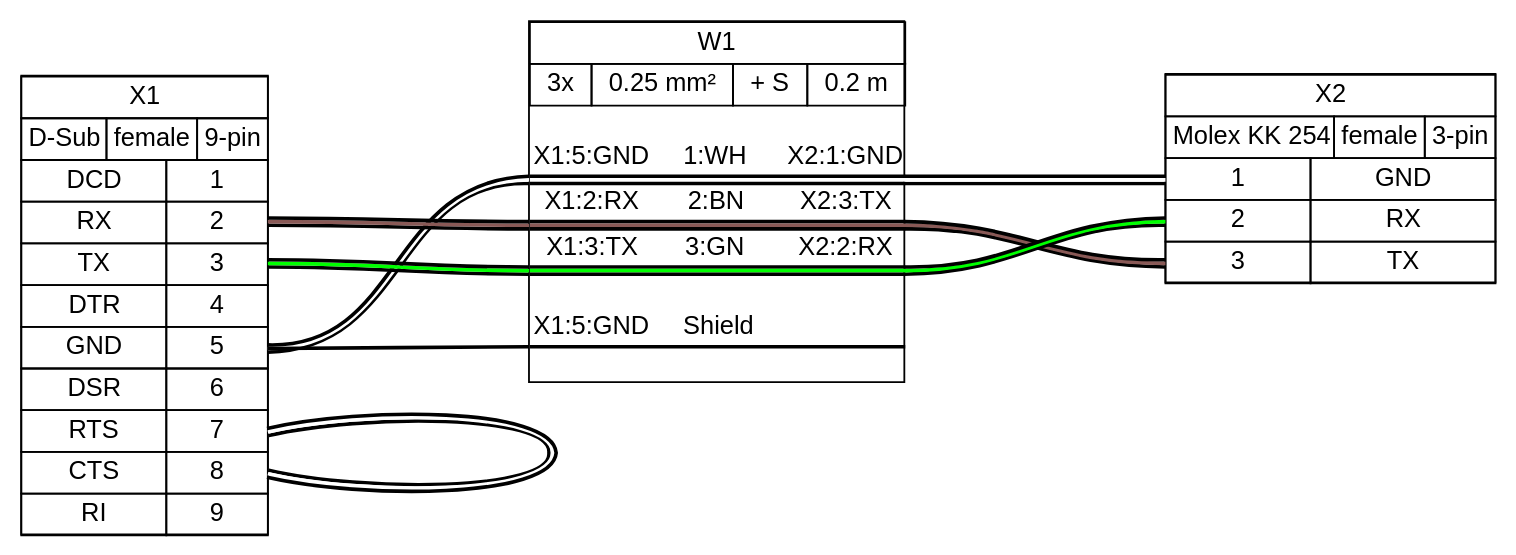
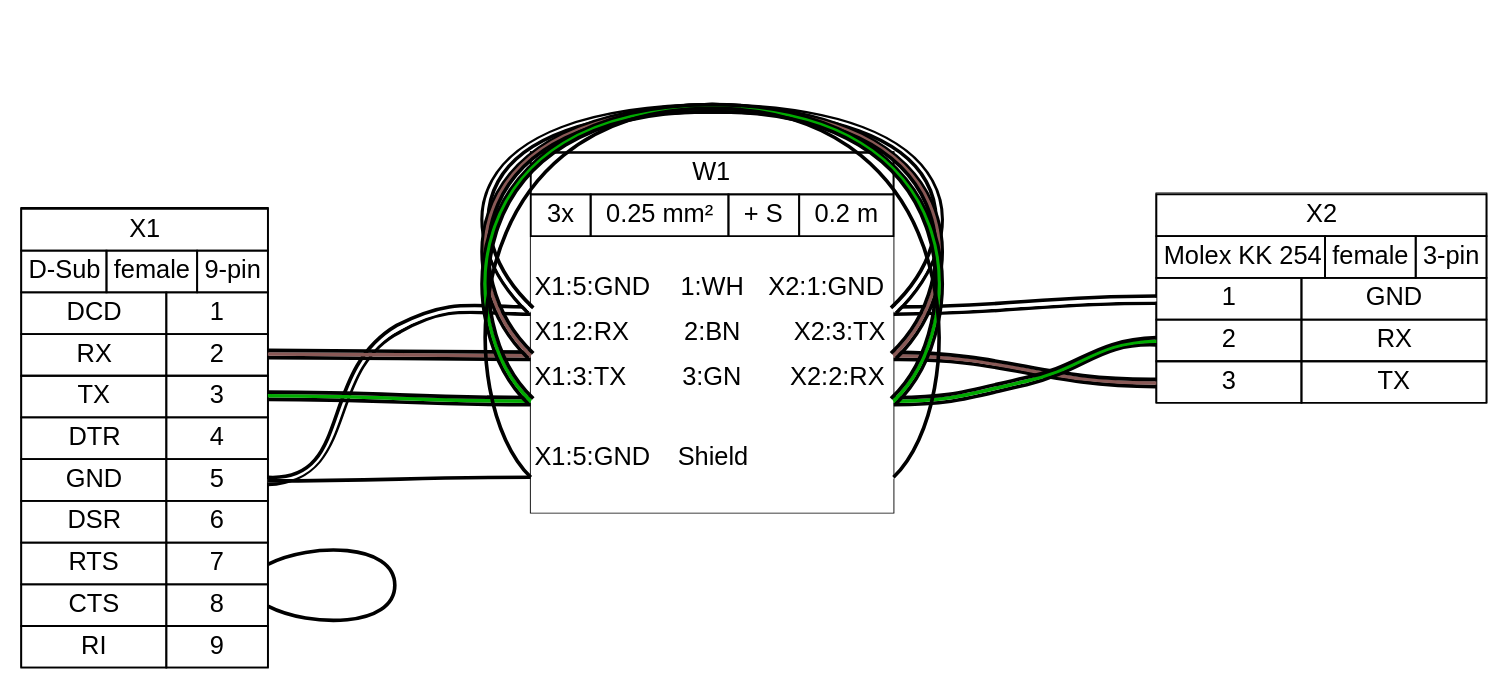
One commit to tobiasfalk/WireViz changed the diagram in examples/demo01.gv. Above: the diagram before and after it, drawn with Graphviz. The commit also changed 170 other files, not shown here.

```diff
--- a/examples/demo01.gv
+++ b/examples/demo01.gv
@@ -1,186 +1,266 @@
 graph {
-// Graph generated by WireViz 0.4
+// Graph generated by WireViz 0.4-dev251
 // https://github.com/formatc1702/WireViz
 	graph [bgcolor="#FFFFFF" fontname=arial nodesep=0.33 rankdir=LR ranksep=2]
 	node [fillcolor="#FFFFFF" fontname=arial height=0 margin=0 shape=none style=filled width=0]
 	edge [fontname=arial style=bold]
 	X1 [label=<
-<table border="0" cellspacing="0" cellpadding="0">
- <tr><td>
-  <table border="0" cellspacing="0" cellpadding="3" cellborder="1"><tr>
-   <td balign="left">X1</td>
-  </tr></table>
- </td></tr>
- <tr><td>
-  <table border="0" cellspacing="0" cellpadding="3" cellborder="1"><tr>
-   <td balign="left">D-Sub</td>
-   <td balign="left">female</td>
-   <td balign="left">9-pin</td>
-  </tr></table>
- </td></tr>
- <tr><td>
-  <table border="0" cellspacing="0" cellpadding="3" cellborder="1">
-   <tr>
-    <td>DCD</td>
-    <td port="p1r">1</td>
-   </tr>
-   <tr>
-    <td>RX</td>
-    <td port="p2r">2</td>
-   </tr>
-   <tr>
-    <td>TX</td>
-    <td port="p3r">3</td>
-   </tr>
-   <tr>
-    <td>DTR</td>
-    <td port="p4r">4</td>
-   </tr>
-   <tr>
-    <td>GND</td>
-    <td port="p5r">5</td>
-   </tr>
-   <tr>
-    <td>DSR</td>
-    <td port="p6r">6</td>
-   </tr>
-   <tr>
-    <td>RTS</td>
-    <td port="p7r">7</td>
-   </tr>
-   <tr>
-    <td>CTS</td>
-    <td port="p8r">8</td>
-   </tr>
-   <tr>
-    <td>RI</td>
-    <td port="p9r">9</td>
-   </tr>
-  </table>
- </td></tr>
+<table border="0" cellspacing="0" cellpadding="0" bgcolor="#FFFFFF">
+ <tr>
+  <td>
+   <table border="0" cellborder="1" cellpadding="3" cellspacing="0">
+    <tr>
+     <td>X1</td>
+    </tr>
+   </table>
+  </td>
+ </tr>
+ <tr>
+  <td>
+   <table border="0" cellborder="1" cellpadding="3" cellspacing="0">
+    <tr>
+     <td>D-Sub</td>
+     <td>female</td>
+     <td>9-pin</td>
+    </tr>
+   </table>
+  </td>
+ </tr>
+ <tr>
+  <td>
+   <table border="0" cellborder="1" cellpadding="3" cellspacing="0">
+    <tr>
+     <td>DCD</td>
+     []
+     <td port="p1r">1</td>
+    </tr>
+    <tr>
+     <td>RX</td>
+     []
+     <td port="p2r">2</td>
+    </tr>
+    <tr>
+     <td>TX</td>
+     []
+     <td port="p3r">3</td>
+    </tr>
+    <tr>
+     <td>DTR</td>
+     []
+     <td port="p4r">4</td>
+    </tr>
+    <tr>
+     <td>GND</td>
+     []
+     <td port="p5r">5</td>
+    </tr>
+    <tr>
+     <td>DSR</td>
+     []
+     <td port="p6r">6</td>
+    </tr>
+    <tr>
+     <td>RTS</td>
+     []
+     <td port="p7r">7</td>
+    </tr>
+    <tr>
+     <td>CTS</td>
+     []
+     <td port="p8r">8</td>
+    </tr>
+    <tr>
+     <td>RI</td>
+     []
+     <td port="p9r">9</td>
+    </tr>
+   </table>
+  </td>
+ </tr>
 </table>
-> fillcolor="#FFFFFF" shape=box style=filled]
-	edge [color="#000000:#ffffff:#000000"]
-	X1:p7r:e -- X1:p8r:e
+> shape=box style=filled]
+	edge [color="#000000"]
+	X1:p7r:e -- X1:p8r:e [label=" " color="#000000" noLabel=noLabel]
 	X2 [label=<
-<table border="0" cellspacing="0" cellpadding="0">
- <tr><td>
-  <table border="0" cellspacing="0" cellpadding="3" cellborder="1"><tr>
-   <td balign="left">X2</td>
-  </tr></table>
- </td></tr>
- <tr><td>
-  <table border="0" cellspacing="0" cellpadding="3" cellborder="1"><tr>
-   <td balign="left">Molex KK 254</td>
-   <td balign="left">female</td>
-   <td balign="left">3-pin</td>
-  </tr></table>
- </td></tr>
- <tr><td>
-  <table border="0" cellspacing="0" cellpadding="3" cellborder="1">
-   <tr>
-    <td port="p1l">1</td>
-    <td>GND</td>
-   </tr>
-   <tr>
-    <td port="p2l">2</td>
-    <td>RX</td>
-   </tr>
-   <tr>
-    <td port="p3l">3</td>
-    <td>TX</td>
-   </tr>
-  </table>
- </td></tr>
+<table border="0" cellspacing="0" cellpadding="0" bgcolor="#FFFFFF">
+ <tr>
+  <td>
+   <table border="0" cellborder="1" cellpadding="3" cellspacing="0">
+    <tr>
+     <td>X2</td>
+    </tr>
+   </table>
+  </td>
+ </tr>
+ <tr>
+  <td>
+   <table border="0" cellborder="1" cellpadding="3" cellspacing="0">
+    <tr>
+     <td>Molex KK 254</td>
+     <td>female</td>
+     <td>3-pin</td>
+    </tr>
+   </table>
+  </td>
+ </tr>
+ <tr>
+  <td>
+   <table border="0" cellborder="1" cellpadding="3" cellspacing="0">
+    <tr>
+     <td port="p1l">1</td>
+     <td>GND</td>
+     []
+    </tr>
+    <tr>
+     <td port="p2l">2</td>
+     <td>RX</td>
+     []
+    </tr>
+    <tr>
+     <td port="p3l">3</td>
+     <td>TX</td>
+     []
+    </tr>
+   </table>
+  </td>
+ </tr>
 </table>
-> fillcolor="#FFFFFF" shape=box style=filled]
-	edge [color="#000000:#ffffff:#000000"]
+> shape=box style=filled]
+	W1 [label=<
+<table border="0" cellspacing="0" cellpadding="0" bgcolor="#FFFFFF">
+ <tr>
+  <td>
+   <table border="0" cellborder="1" cellpadding="3" cellspacing="0">
+    <tr>
+     <td>W1</td>
+    </tr>
+   </table>
+  </td>
+ </tr>
+ <tr>
+  <td>
+   <table border="0" cellborder="1" cellpadding="3" cellspacing="0">
+    <tr>
+     <td>3x</td>
+     <td>0.25 mm²</td>
+     <td>+ S</td>
+     <td>0.2 m</td>
+    </tr>
+   </table>
+  </td>
+ </tr>
+ <tr>
+  <td>
+   <table border="0" cellborder="0" cellspacing="0">
+    <tr>
+     <td>&nbsp;</td>
+    </tr>
+    <tr>
+     <td align="left"> X1:5:GND</td>
+     <td> </td>
+     <td>1:WH</td>
+     <td> </td>
+     <td align="right">X2:1:GND </td>
+    </tr>
+    <tr>
+     <td border="0" cellspacing="0" cellpadding="0" colspan="5" height="6" port="w1">
+      <table border="0" cellborder="0" cellspacing="0">
+       <tr>
+        <td bgcolor="#FFFFFF" border="0" cellpadding="0" colspan="5" height="2"></td>
+       </tr>
+       <tr>
+        <td bgcolor="#FFFFFF" border="0" cellpadding="0" colspan="5" height="2"></td>
+       </tr>
+       <tr>
+        <td bgcolor="#FFFFFF" border="0" cellpadding="0" colspan="5" height="2"></td>
+       </tr>
+      </table>
+     </td>
+    </tr>
+    <tr>
+     <td align="left"> X1:2:RX</td>
+     <td> </td>
+     <td>2:BN</td>
+     <td> </td>
+     <td align="right">X2:3:TX </td>
+    </tr>
+    <tr>
+     <td border="0" cellspacing="0" cellpadding="0" colspan="5" height="6" port="w2">
+      <table border="0" cellborder="0" cellspacing="0">
+       <tr>
+        <td bgcolor="#FFFFFF" border="0" cellpadding="0" colspan="5" height="2"></td>
+       </tr>
+       <tr>
+        <td bgcolor="#FFFFFF" border="0" cellpadding="0" colspan="5" height="2"></td>
+       </tr>
+       <tr>
+        <td bgcolor="#FFFFFF" border="0" cellpadding="0" colspan="5" height="2"></td>
+       </tr>
+      </table>
+     </td>
+    </tr>
+    <tr>
+     <td align="left"> X1:3:TX</td>
+     <td> </td>
+     <td>3:GN</td>
+     <td> </td>
+     <td align="right">X2:2:RX </td>
+    </tr>
+    <tr>
+     <td border="0" cellspacing="0" cellpadding="0" colspan="5" height="6" port="w3">
+      <table border="0" cellborder="0" cellspacing="0">
+       <tr>
+        <td bgcolor="#FFFFFF" border="0" cellpadding="0" colspan="5" height="2"></td>
+       </tr>
+       <tr>
+        <td bgcolor="#FFFFFF" border="0" cellpadding="0" colspan="5" height="2"></td>
+       </tr>
+       <tr>
+        <td bgcolor="#FFFFFF" border="0" cellpadding="0" colspan="5" height="2"></td>
+       </tr>
+      </table>
+     </td>
+    </tr>
+    <tr>
+     <td>&nbsp;</td>
+    </tr>
+    <tr>
+     <td align="left"> X1:5:GND</td>
+     <td> </td>
+     <td>Shield</td>
+     <td> </td>
+     <td align="right"> </td>
+    </tr>
+    <tr>
+     <td border="0" cellspacing="0" cellpadding="0" colspan="5" height="2" port="w4">
+      <table border="0" cellborder="0" cellspacing="0">
+       <tr>
+        <td bgcolor="#FFFFFF" border="0" cellpadding="0" colspan="5" height="2"></td>
+       </tr>
+      </table>
+     </td>
+    </tr>
+    <tr>
+     <td>&nbsp;</td>
+    </tr>
+   </table>
+  </td>
+ </tr>
+</table>
+> shape=box style=filled]
+	edge [color="#000000:#FFFFFF:#000000"]
 	X1:p5r:e -- W1:w1:w
 	W1:w1:e -- X2:p1l:w
 	edge [color="#000000:#895956:#000000"]
 	X1:p2r:e -- W1:w2:w
 	W1:w2:e -- X2:p3l:w
-	edge [color="#000000:#00ff00:#000000"]
+	edge [color="#000000:#00AA00:#000000"]
 	X1:p3r:e -- W1:w3:w
 	W1:w3:e -- X2:p2l:w
 	edge [color="#000000"]
-	X1:p5r:e -- W1:ws:w
-	W1 [label=<
-<table border="0" cellspacing="0" cellpadding="0">
- <tr><td>
-  <table border="0" cellspacing="0" cellpadding="3" cellborder="1"><tr>
-   <td balign="left">W1</td>
-  </tr></table>
- </td></tr>
- <tr><td>
-  <table border="0" cellspacing="0" cellpadding="3" cellborder="1"><tr>
-   <td balign="left">3x</td>
-   <td balign="left">0.25 mm²</td>
-   <td balign="left">+ S</td>
-   <td balign="left">0.2 m</td>
-  </tr></table>
- </td></tr>
- <tr><td>
-  <table border="0" cellspacing="0" cellborder="0">
-   <tr><td>&nbsp;</td></tr>
-   <tr>
-    <td>X1:5:GND</td>
-    <td>
-     1:WH
-    </td>
-    <td>X2:1:GND</td>
-   </tr>
-   <tr>
-    <td colspan="3" border="0" cellspacing="0" cellpadding="0" port="w1" height="6">
-     <table cellspacing="0" cellborder="0" border="0">
-      <tr><td colspan="3" cellpadding="0" height="2" bgcolor="#000000" border="0"></td></tr>
-      <tr><td colspan="3" cellpadding="0" height="2" bgcolor="#ffffff" border="0"></td></tr>
-      <tr><td colspan="3" cellpadding="0" height="2" bgcolor="#000000" border="0"></td></tr>
-     </table>
-    </td>
-   </tr>
-   <tr>
-    <td>X1:2:RX</td>
-    <td>
-     2:BN
-    </td>
-    <td>X2:3:TX</td>
-   </tr>
-   <tr>
-    <td colspan="3" border="0" cellspacing="0" cellpadding="0" port="w2" height="6">
-     <table cellspacing="0" cellborder="0" border="0">
-      <tr><td colspan="3" cellpadding="0" height="2" bgcolor="#000000" border="0"></td></tr>
-      <tr><td colspan="3" cellpadding="0" height="2" bgcolor="#895956" border="0"></td></tr>
-      <tr><td colspan="3" cellpadding="0" height="2" bgcolor="#000000" border="0"></td></tr>
-     </table>
-    </td>
-   </tr>
-   <tr>
-    <td>X1:3:TX</td>
-    <td>
-     3:GN
-    </td>
-    <td>X2:2:RX</td>
-   </tr>
-   <tr>
-    <td colspan="3" border="0" cellspacing="0" cellpadding="0" port="w3" height="6">
-     <table cellspacing="0" cellborder="0" border="0">
-      <tr><td colspan="3" cellpadding="0" height="2" bgcolor="#000000" border="0"></td></tr>
-      <tr><td colspan="3" cellpadding="0" height="2" bgcolor="#00ff00" border="0"></td></tr>
-      <tr><td colspan="3" cellpadding="0" height="2" bgcolor="#000000" border="0"></td></tr>
-     </table>
-    </td>
-   </tr>
-   <tr><td>&nbsp;</td></tr>
-   <tr>
-    <td>X1:5:GND</td>
-    <td>Shield</td>
-    <td><!-- s_out --></td>
-   </tr>
-   <tr><td colspan="3" cellpadding="0" height="2" bgcolor="#000000" border="0" port="ws"></td></tr>
-   <tr><td>&nbsp;</td></tr>
-  </table>
- </td></tr>
-</table>
-> fillcolor="#FFFFFF" shape=box style=filled]
+	X1:p5r:e -- W1:w4:w
+	W1:w1:e -- W1:w1:w [color="#000000:#FFFFFF:#000000" straight=straight]
+	W1:w2:e -- W1:w2:w [color="#000000:#895956:#000000" straight=straight]
+	W1:w3:e -- W1:w3:w [color="#000000:#00AA00:#000000" straight=straight]
+	W1:w4:e -- W1:w4:w [color="#000000" straight=straight]
 }
```
